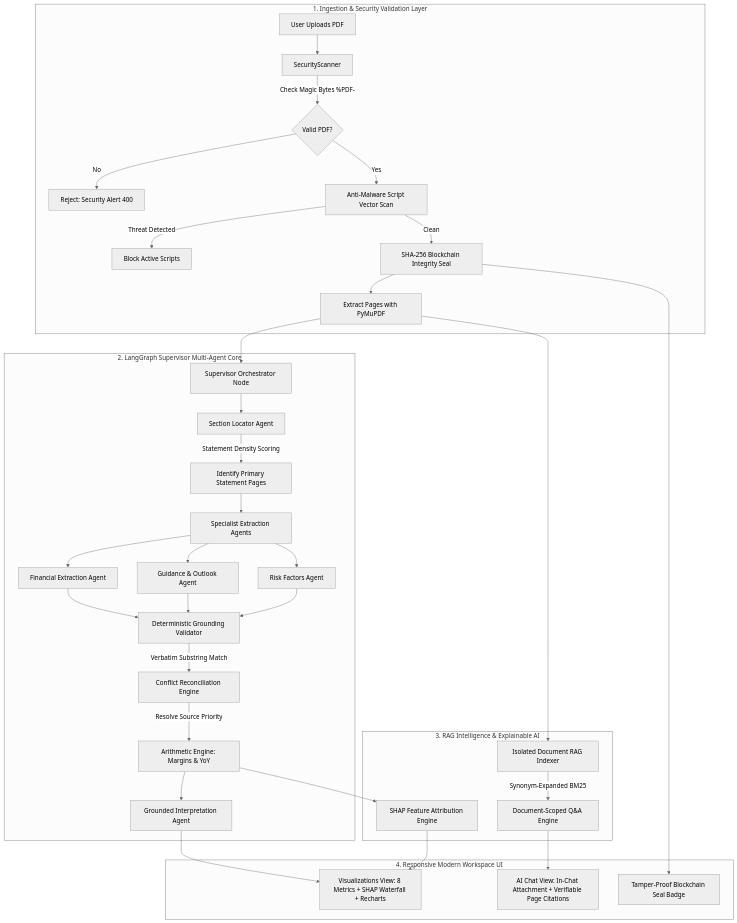
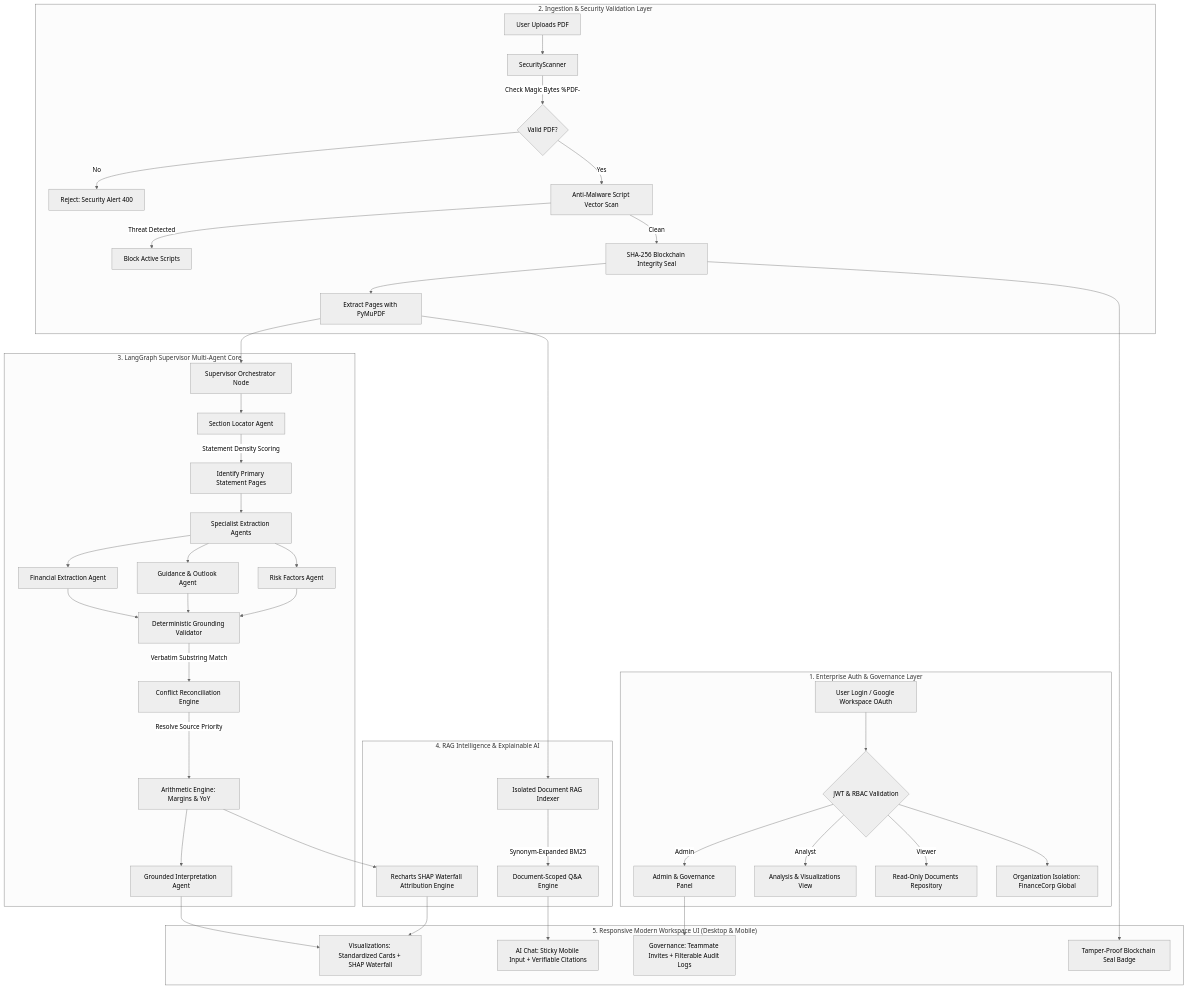
One commit to Rudranarayan666/Finance-agent changed the diagram in README.md. Above: the diagram before and after it, drawn with Mermaid (neutral theme). The commit also changed other lines of this file and 4 other files, not shown here.

Commit message:
docs: add decision.md architecture records and sync UI polish

````diff
--- a/README.md
+++ b/README.md
@@ -47,40 +55,49 @@
 ```mermaid
 flowchart TD
-    subgraph INGESTION ["1. Ingestion & Security Validation Layer"]
-        A[User Uploads PDF] --> B[SecurityScanner]
-        B -->|Check Magic Bytes %PDF-| C{Valid PDF?}
-        C -->|No| D[Reject: Security Alert 400]
-        C -->|Yes| E[Anti-Malware Script Vector Scan]
-        E -->|Threat Detected| F[Block Active Scripts]
-        E -->|Clean| G[SHA-256 Blockchain Integrity Seal]
-        G --> H[Extract Pages with PyMuPDF]
+    subgraph AUTH ["1. Enterprise Auth & Governance Layer"]
+        A[User Login / Google Workspace OAuth] --> B{JWT & RBAC Validation}
+        B -->|Admin| C[Admin & Governance Panel]
+        B -->|Analyst| D[Analysis & Visualizations View]
+        B -->|Viewer| E[Read-Only Documents Repository]
+        B --> F[Organization Isolation: FinanceCorp Global]
     end
 
-    subgraph MULTI_AGENT ["2. LangGraph Supervisor Multi-Agent Core"]
-        H --> I[Supervisor Orchestrator Node]
-        I --> J[Section Locator Agent]
-        J -->|Statement Density Scoring| K[Identify Primary Statement Pages]
-        
-        K --> L[Specialist Extraction Agents]
-        L --> M[Financial Extraction Agent]
-        L --> N[Guidance & Outlook Agent]
-        L --> O[Risk Factors Agent]
-        
-        M & N & O --> P[Deterministic Grounding Validator]
-        P -->|Verbatim Substring Match| Q[Conflict Reconciliation Engine]
-        Q -->|Resolve Source Priority| R[Arithmetic Engine: Margins & YoY]
-        R --> S[Grounded Interpretation Agent]
+    subgraph INGESTION ["2. Ingestion & Security Validation Layer"]
+        G[User Uploads PDF] --> H[SecurityScanner]
+        H -->|Check Magic Bytes %PDF-| I{Valid PDF?}
+        I -->|No| J[Reject: Security Alert 400]
+        I -->|Yes| K[Anti-Malware Script Vector Scan]
+        K -->|Threat Detected| L[Block Active Scripts]
+        K -->|Clean| M[SHA-256 Blockchain Integrity Seal]
+        M --> N[Extract Pages with PyMuPDF]
     end
 
-    subgraph RAG_XAI ["3. RAG Intelligence & Explainable AI"]
-        H --> T[Isolated Document RAG Indexer]
-        T -->|Synonym-Expanded BM25| U[Document-Scoped Q&A Engine]
-        R --> V[SHAP Feature Attribution Engine]
+    subgraph MULTI_AGENT ["3. LangGraph Supervisor Multi-Agent Core"]
+        N --> O[Supervisor Orchestrator Node]
+        O --> P[Section Locator Agent]
+        P -->|Statement Density Scoring| Q[Identify Primary Statement Pages]
+        
+        Q --> R[Specialist Extraction Agents]
+        R --> S[Financial Extraction Agent]
+        R --> T[Guidance & Outlook Agent]
+        R --> U[Risk Factors Agent]
+        
+        S & T & U --> V[Deterministic Grounding Validator]
+        V -->|Verbatim Substring Match| W[Conflict Reconciliation Engine]
+        W -->|Resolve Source Priority| X[Arithmetic Engine: Margins & YoY]
+        X --> Y[Grounded Interpretation Agent]
     end
 
-    subgraph WORKSPACE ["4. Responsive Modern Workspace UI"]
-        S & V --> W[Visualizations View: 8 Metrics + SHAP Waterfall + Recharts]
-        U --> X[AI Chat View: In-Chat Attachment + Verifiable Page Citations]
-        G --> Y[Tamper-Proof Blockchain Seal Badge]
+    subgraph RAG_XAI ["4. RAG Intelligence & Explainable AI"]
+        N --> Z[Isolated Document RAG Indexer]
+        Z -->|Synonym-Expanded BM25| AA[Document-Scoped Q&A Engine]
+        X --> AB[Recharts SHAP Waterfall Attribution Engine]
+    end
+
+    subgraph WORKSPACE ["5. Responsive Modern Workspace UI (Desktop & Mobile)"]
+        Y & AB --> AC[Visualizations: Standardized Cards + SHAP Waterfall]
+        AA --> AD[AI Chat: Sticky Mobile Input + Verifiable Citations]
+        C --> AE[Governance: Teammate Invites + Filterable Audit Logs]
+        M --> AF[Tamper-Proof Blockchain Seal Badge]
     end
 ```
````
